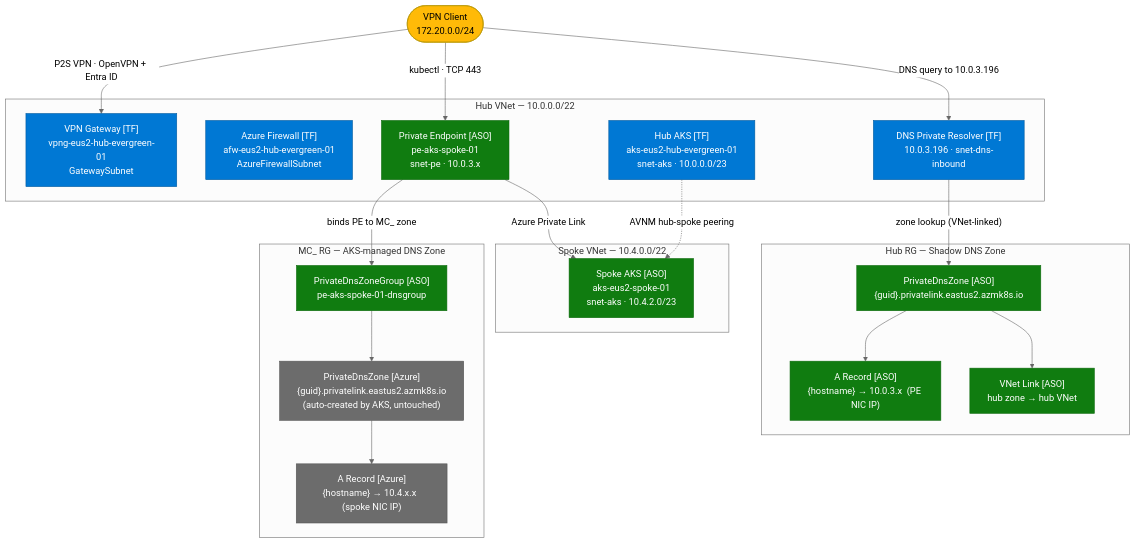
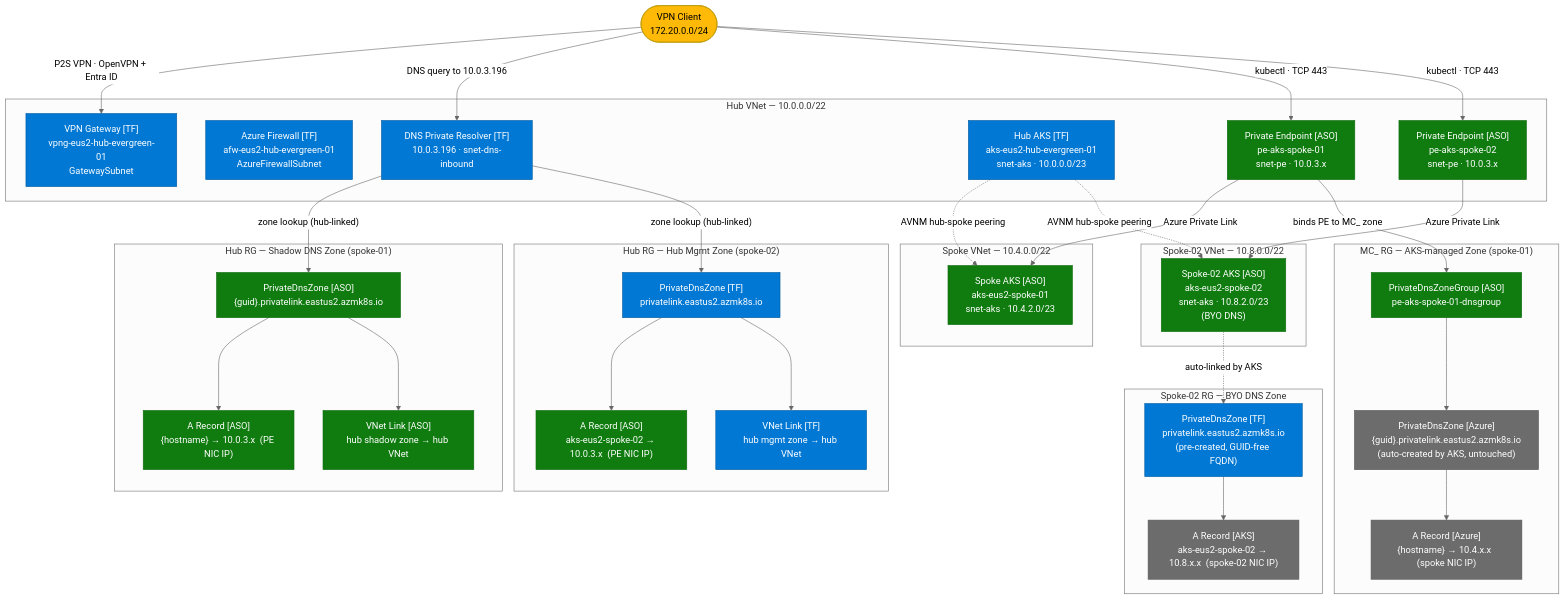
One commit to just1nsanabria/az-vizio-evergreen-aso-pe changed the diagram in README.md. Above: the diagram before and after it, drawn with Mermaid (neutral theme). The commit also changed other lines of this file, not shown here.

Commit message:
updated diagram with current config

````diff
--- a/README.md
+++ b/README.md
@@ -47,45 +47,69 @@
 ```mermaid
 graph TD
     classDef tf      fill:#0078d4,stroke:#005a9e,color:#fff
     classDef aso     fill:#107c10,stroke:#0e6b0e,color:#fff
     classDef managed fill:#6c6c6c,stroke:#555555,color:#fff
     classDef client  fill:#ffba08,stroke:#b89500,color:#000
 
     Client(["VPN Client\n172.20.0.0/24"]):::client
 
     subgraph HubVNet["Hub VNet — 10.0.0.0/22"]
         VPNGW["VPN Gateway [TF]\nvpng-eus2-hub-evergreen-01\nGatewaySubnet"]:::tf
         FW["Azure Firewall [TF]\nafw-eus2-hub-evergreen-01\nAzureFirewallSubnet"]:::tf
         DNSRes["DNS Private Resolver [TF]\n10.0.3.196 · snet-dns-inbound"]:::tf
         HubAKS["Hub AKS [TF]\naks-eus2-hub-evergreen-01\nsnet-aks · 10.0.0.0/23"]:::tf
-        PE["Private Endpoint [ASO]\npe-aks-spoke-01\nsnet-pe · 10.0.3.x"]:::aso
+        PE1["Private Endpoint [ASO]\npe-aks-spoke-01\nsnet-pe · 10.0.3.x"]:::aso
+        PE2["Private Endpoint [ASO]\npe-aks-spoke-02\nsnet-pe · 10.0.3.x"]:::aso
     end
 
-    subgraph HubDNSZone["Hub RG — Shadow DNS Zone"]
-        HubZone["PrivateDnsZone [ASO]\n{guid}.privatelink.eastus2.azmk8s.io"]:::aso
-        HubARec["A Record [ASO]\n{hostname} → 10.0.3.x  (PE NIC IP)"]:::aso
-        HubVLink["VNet Link [ASO]\nhub zone → hub VNet"]:::aso
+    subgraph HubShadowZone["Hub RG — Shadow DNS Zone (spoke-01)"]
+        Hz1["PrivateDnsZone [ASO]\n{guid}.privatelink.eastus2.azmk8s.io"]:::aso
+        Ha1["A Record [ASO]\n{hostname} → 10.0.3.x  (PE NIC IP)"]:::aso
+        Hv1["VNet Link [ASO]\nhub shadow zone → hub VNet"]:::aso
+    end
+
+    subgraph HubMgmtZone["Hub RG — Hub Mgmt Zone (spoke-02)"]
+        Hz2["PrivateDnsZone [TF]\nprivatelink.eastus2.azmk8s.io"]:::tf
+        Ha2["A Record [ASO]\naks-eus2-spoke-02 → 10.0.3.x  (PE NIC IP)"]:::aso
+        Hv2["VNet Link [TF]\nhub mgmt zone → hub VNet"]:::tf
     end
 
     subgraph SpokeVNet["Spoke VNet — 10.4.0.0/22"]
         SpokeAKS["Spoke AKS [ASO]\naks-eus2-spoke-01\nsnet-aks · 10.4.2.0/23"]:::aso
     end
 
-    subgraph MCDNSZone["MC_ RG — AKS-managed DNS Zone"]
-        MCZoneNode["PrivateDnsZone [Azure]\n{guid}.privatelink.eastus2.azmk8s.io\n(auto-created by AKS, untouched)"]:::managed
-        MCARec["A Record [Azure]\n{hostname} → 10.4.x.x  (spoke NIC IP)"]:::managed
-        ZG["PrivateDnsZoneGroup [ASO]\npe-aks-spoke-01-dnsgroup"]:::aso
+    subgraph MCZone["MC_ RG — AKS-managed Zone (spoke-01)"]
+        ZG1["PrivateDnsZoneGroup [ASO]\npe-aks-spoke-01-dnsgroup"]:::aso
+        MCz1["PrivateDnsZone [Azure]\n{guid}.privatelink.eastus2.azmk8s.io\n(auto-created by AKS, untouched)"]:::managed
+        MCa1["A Record [Azure]\n{hostname} → 10.4.x.x  (spoke NIC IP)"]:::managed
     end
 
-    Client       -->|"P2S VPN · OpenVPN + Entra ID"| VPNGW
-    Client       -->|"DNS query to 10.0.3.196"| DNSRes
-    DNSRes       -->|"zone lookup (VNet-linked)"| HubZone
-    HubZone      --> HubARec
-    HubZone      --> HubVLink
-    Client       -->|"kubectl · TCP 443"| PE
-    PE           -->|"Azure Private Link"| SpokeAKS
-    PE           -->|"binds PE to MC_ zone"| ZG
-    ZG           --> MCZoneNode
-    MCZoneNode   --> MCARec
-    HubAKS       -.->|"AVNM hub-spoke peering"| SpokeAKS
+    subgraph Spoke2VNet["Spoke-02 VNet — 10.8.0.0/22"]
+        Spoke2AKS["Spoke-02 AKS [ASO]\naks-eus2-spoke-02\nsnet-aks · 10.8.2.0/23\n(BYO DNS)"]:::aso
+    end
+
+    subgraph BYODNSZone["Spoke-02 RG — BYO DNS Zone"]
+        BYOz["PrivateDnsZone [TF]\nprivatelink.eastus2.azmk8s.io\n(pre-created, GUID-free FQDN)"]:::tf
+        BYOa["A Record [AKS]\naks-eus2-spoke-02 → 10.8.x.x  (spoke-02 NIC IP)"]:::managed
+    end
+
+    Client      -->|"P2S VPN · OpenVPN + Entra ID"| VPNGW
+    Client      -->|"DNS query to 10.0.3.196"| DNSRes
+    DNSRes      -->|"zone lookup (hub-linked)"| Hz1
+    DNSRes      -->|"zone lookup (hub-linked)"| Hz2
+    Hz1         --> Ha1
+    Hz1         --> Hv1
+    Hz2         --> Ha2
+    Hz2         --> Hv2
+    Client      -->|"kubectl · TCP 443"| PE1
+    Client      -->|"kubectl · TCP 443"| PE2
+    PE1         -->|"Azure Private Link"| SpokeAKS
+    PE2         -->|"Azure Private Link"| Spoke2AKS
+    PE1         -->|"binds PE to MC_ zone"| ZG1
+    ZG1         --> MCz1
+    MCz1        --> MCa1
+    HubAKS      -.->|"AVNM hub-spoke peering"| SpokeAKS
+    HubAKS      -.->|"AVNM hub-spoke peering"| Spoke2AKS
+    Spoke2AKS   -.->|"auto-linked by AKS"| BYOz
+    BYOz        --> BYOa
 ```
````
